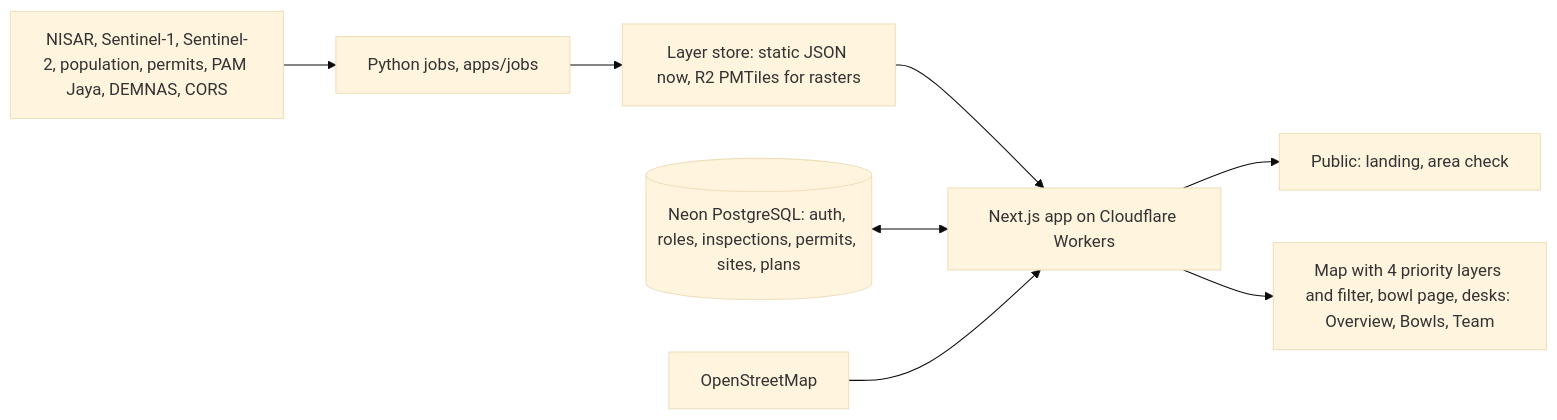
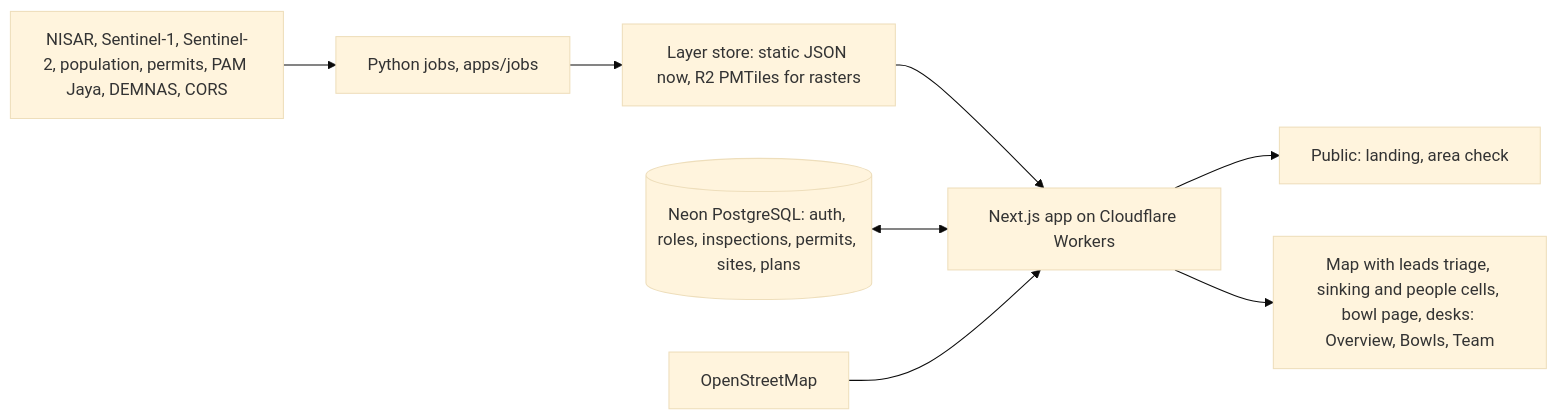
Before and after one commit to halmahera-dev/orbitalis: the diagram in docs/prd-orbitalis.md, drawn with Mermaid (base theme). The commit also changed other lines of this file and 6 other files, not shown here.

Commit message:
docs: record real NISAR bowls, cells and the map triage

````diff
--- a/docs/prd-orbitalis.md
+++ b/docs/prd-orbitalis.md
@@ -518,10 +516,10 @@
 ```mermaid
 flowchart LR
     SRC[NISAR, Sentinel-1, Sentinel-2, population, permits, PAM Jaya, DEMNAS, CORS] --> J[Python jobs, apps/jobs]
     J --> L[Layer store: static JSON now, R2 PMTiles for rasters]
     L --> W[Next.js app on Cloudflare Workers]
     DB[(Neon PostgreSQL: auth, roles, inspections, permits, sites, plans)] <--> W
     OSM[OpenStreetMap] --> W
     W --> P[Public: landing, area check]
-    W --> D[Map with 4 priority layers and filter, bowl page, desks: Overview, Bowls, Team]
+    W --> D[Map with leads triage, sinking and people cells, bowl page, desks: Overview, Bowls, Team]
 ```
````
